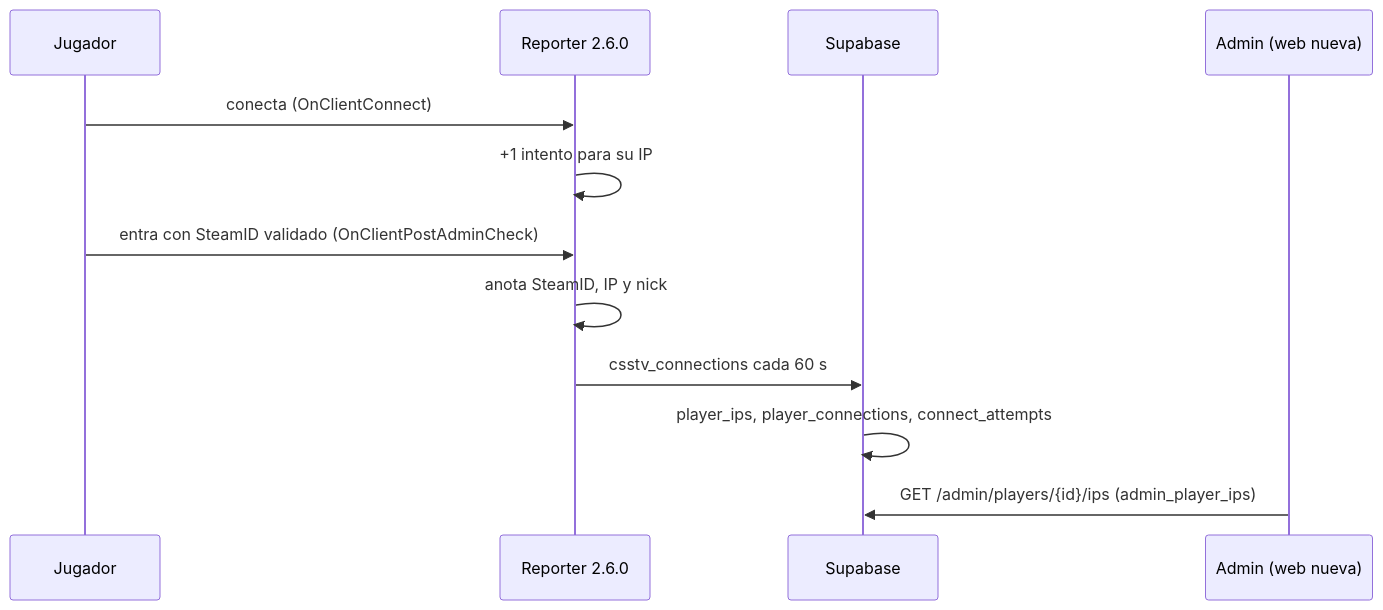
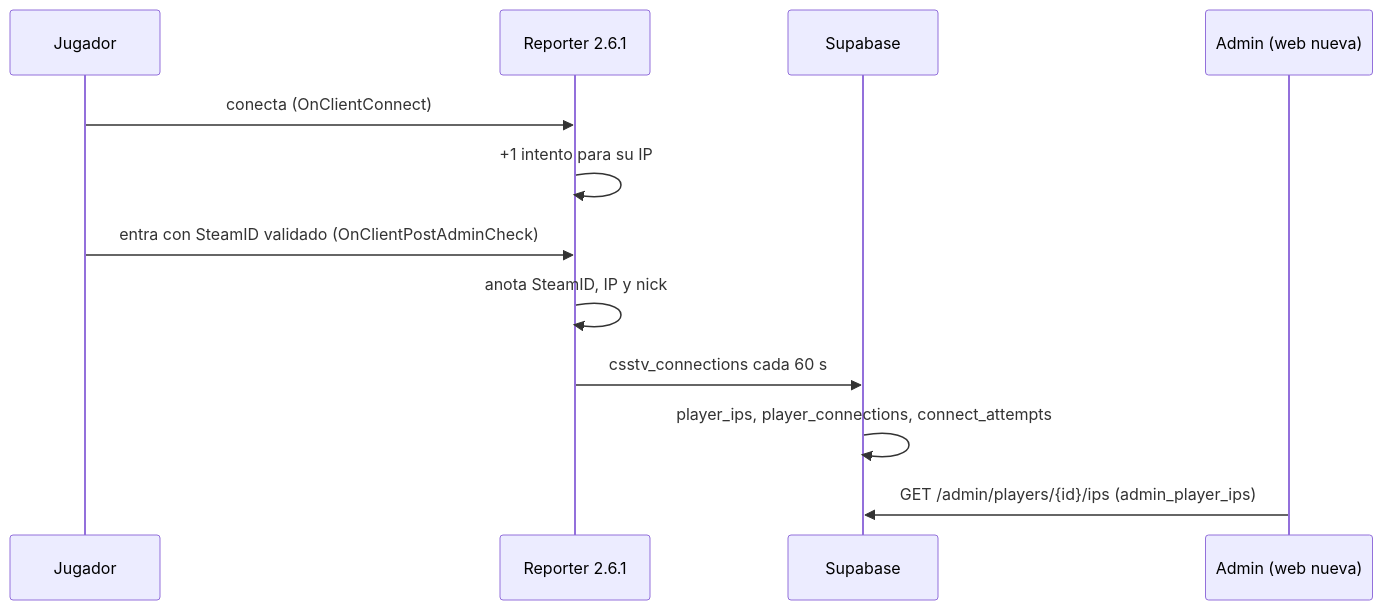
One commit to mchssj/v34frag changed the diagram in docs/bitacora/2026-10-29-ips-jugadores/DOCUMENTACION.md. Above: the diagram before and after it, drawn with Mermaid. The commit also changed other lines of this file and 9 other files, not shown here.

````diff
--- a/docs/bitacora/2026-10-29-ips-jugadores/DOCUMENTACION.md
+++ b/docs/bitacora/2026-10-29-ips-jugadores/DOCUMENTACION.md
@@ -11,14 +13,14 @@
 ```mermaid
 sequenceDiagram
   participant J as Jugador
-  participant P as Reporter 2.6.0
+  participant P as Reporter 2.6.1
   participant DB as Supabase
   participant W as Admin (web nueva)
   J->>P: conecta (OnClientConnect)
   P->>P: +1 intento para su IP
   J->>P: entra con SteamID validado (OnClientPostAdminCheck)
   P->>P: anota SteamID, IP y nick
   P->>DB: csstv_connections cada 60 s
   DB->>DB: player_ips, player_connections, connect_attempts
   W->>DB: GET /admin/players/{id}/ips (admin_player_ips)
 ```
````
